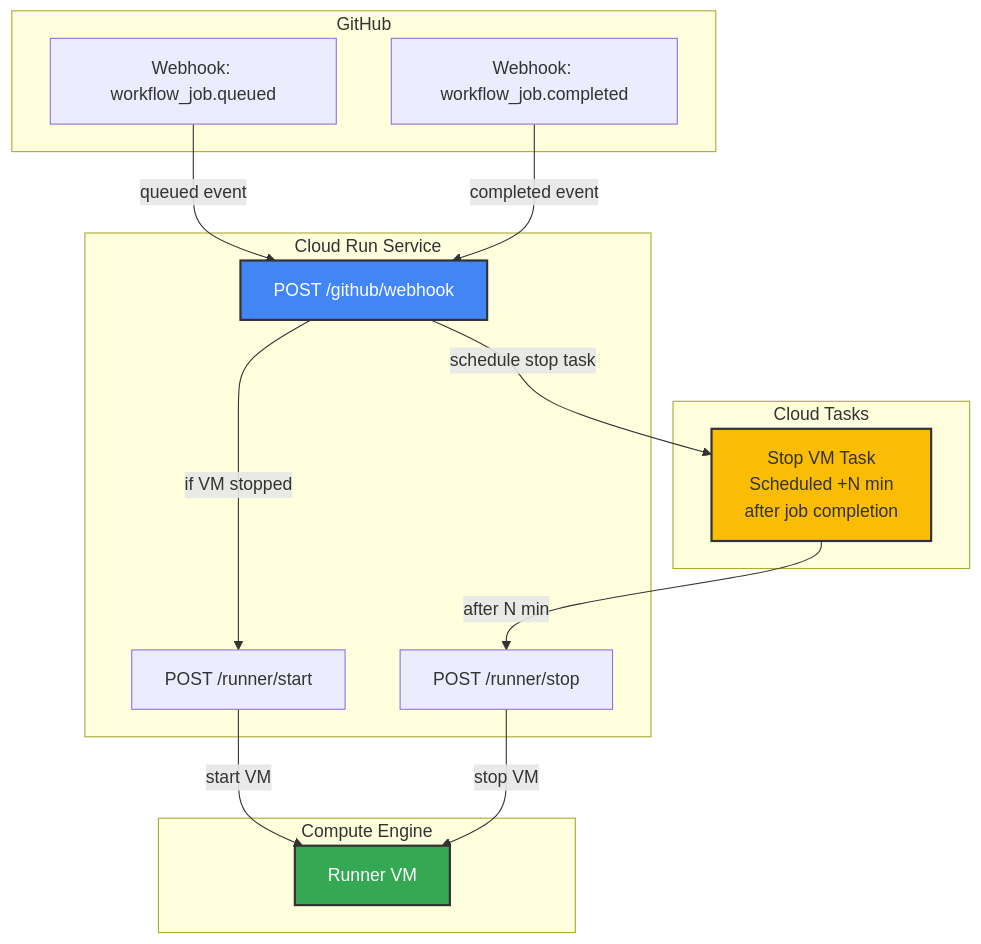
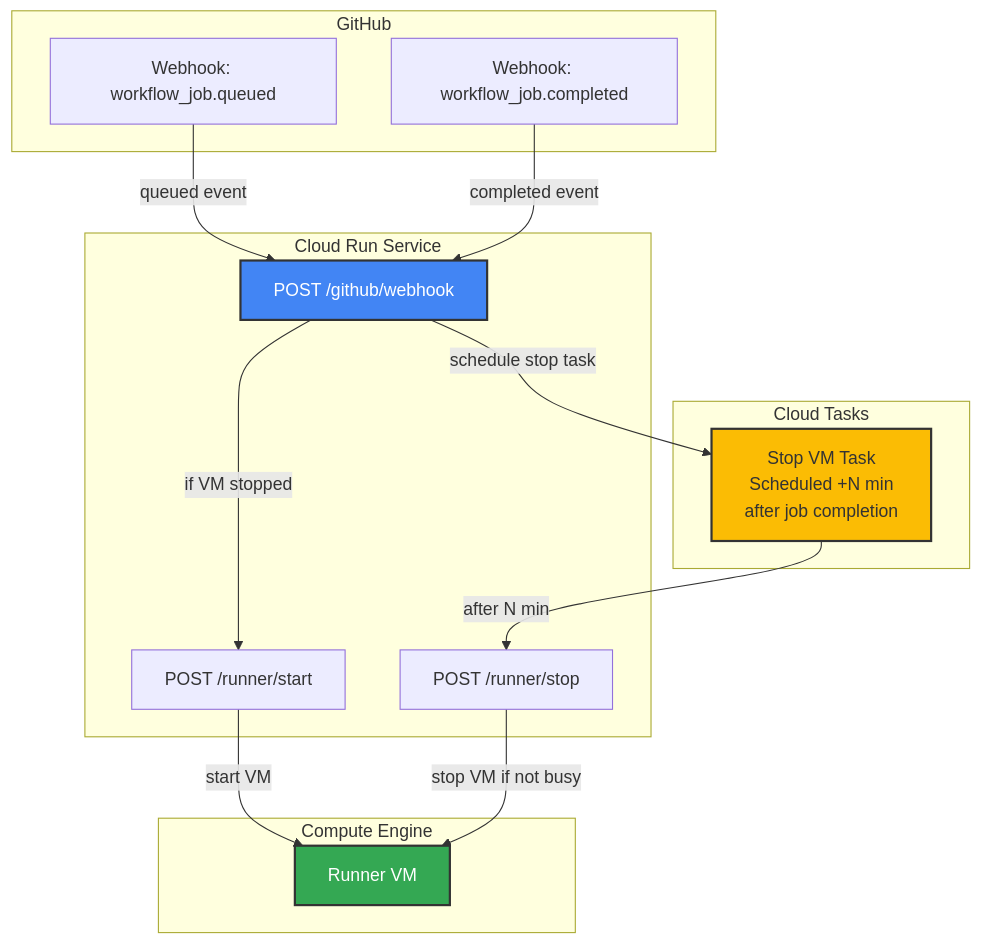
The first of 3 diagrams in app/runner-manager/README.md (nakamasato/gha-vm-self-hosted-runner), drawn with Mermaid before and after one commit.

Commit message:
Update Architecture diagram to reflect busy check
- Change 'stop VM' to 'stop VM if not busy' in Architecture diagram

- Clarifies that VM is only stopped when runner is not busy

🤖 Generated with [Claude Code](https://claude.com/claude-code)

````diff
--- a/app/runner-manager/README.md
+++ b/app/runner-manager/README.md
@@ -15,33 +15,33 @@
 ```mermaid
 graph TB
     subgraph GitHub
         WH1[Webhook: workflow_job.queued]
         WH2[Webhook: workflow_job.completed]
     end
 
     subgraph "Cloud Run Service"
         EP1[POST /github/webhook]
         EP2[POST /runner/start]
         EP3[POST /runner/stop]
     end
 
     subgraph "Cloud Tasks"
         CT[Stop VM Task<br/>Scheduled +N min<br/>after job completion]
     end
 
     subgraph "Compute Engine"
         VM[Runner VM]
     end
 
     WH1 -->|queued event| EP1
     WH2 -->|completed event| EP1
     EP1 -->|if VM stopped| EP2
     EP1 -->|schedule stop task| CT
     EP2 -->|start VM| VM
     CT -->|after N min| EP3
-    EP3 -->|stop VM| VM
+    EP3 -->|stop VM if not busy| VM
 
     style EP1 fill:#4285f4,stroke:#333,stroke-width:2px,color:#fff
     style VM fill:#34a853,stroke:#333,stroke-width:2px,color:#fff
     style CT fill:#fbbc04,stroke:#333,stroke-width:2px
 ```
````
